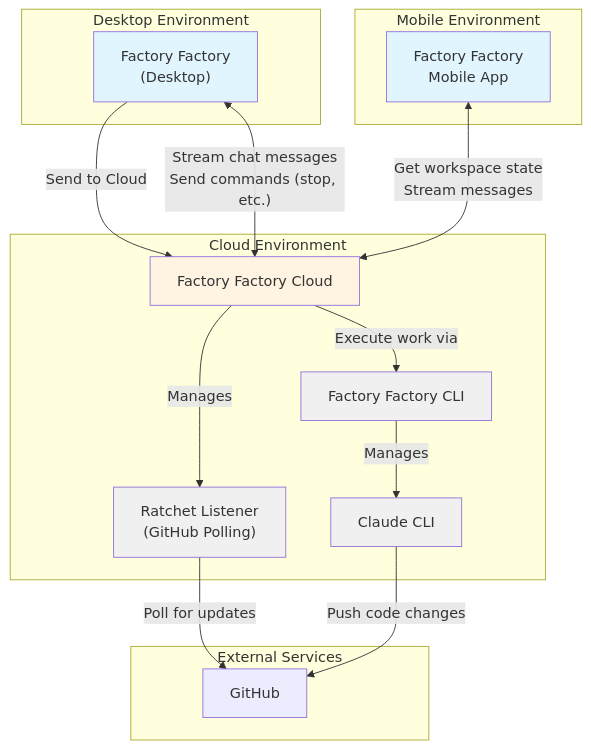
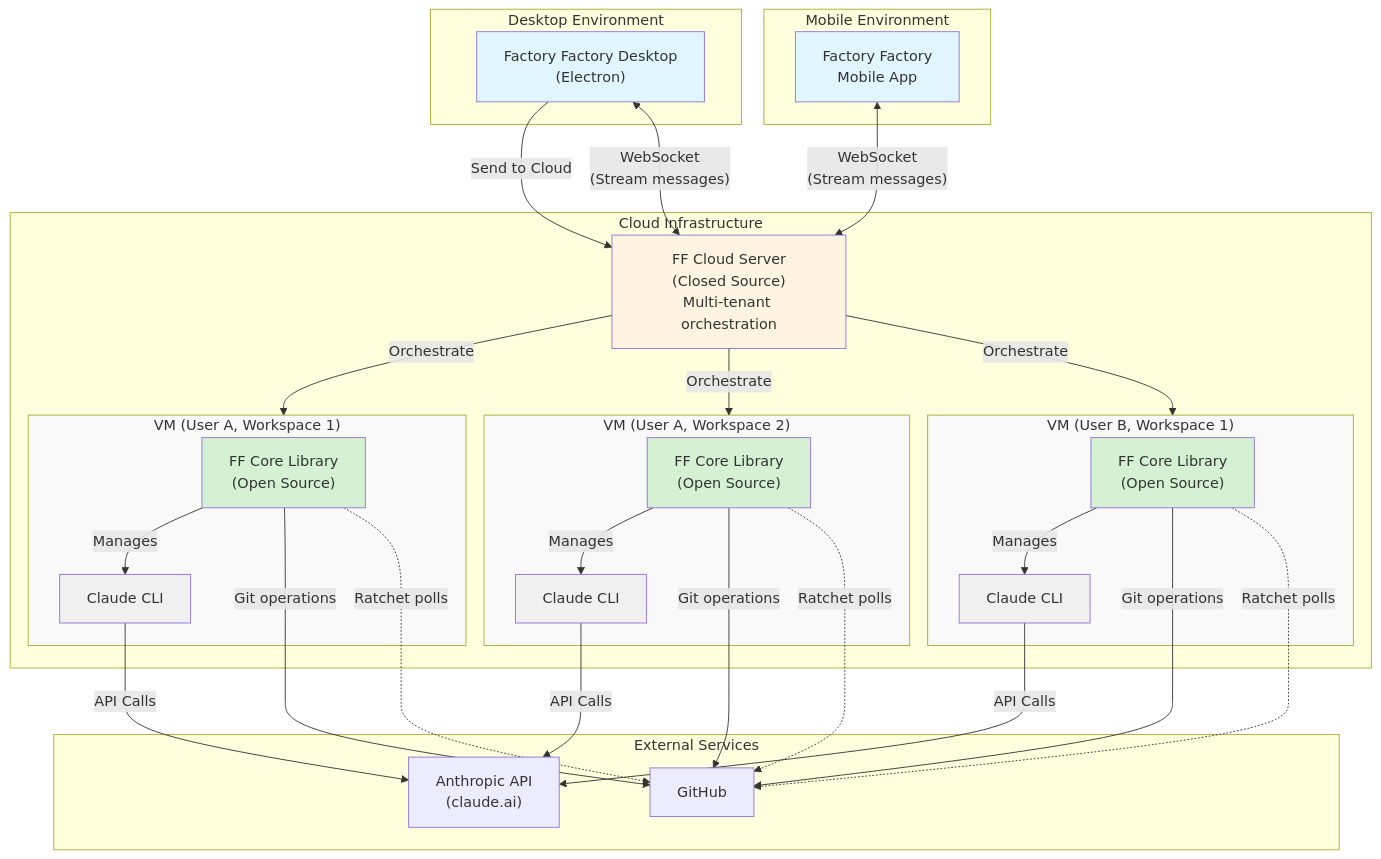
One commit to purplefish-ai/factory-factory changed the diagram in docs/design/factory-factory-cloud-vision.md. Above: the diagram before and after it, drawn with Mermaid. The commit also changed other lines of this file, not shown here.

First line of the commit message:
Update architecture diagram and remove outdated CLI sections

````diff
--- a/docs/design/factory-factory-cloud-vision.md
+++ b/docs/design/factory-factory-cloud-vision.md
@@ -1598,40 +1598,72 @@
 ```mermaid
 graph TB
     subgraph Desktop["Desktop Environment"]
-        FF_Desktop["Factory Factory<br/>(Desktop)"]
+        FF_Desktop["Factory Factory Desktop<br/>(Electron)"]
     end
 
-    subgraph Cloud["Cloud Environment"]
-        FF_Cloud["Factory Factory Cloud"]
-        Claude_CLI["Claude CLI"]
-        FF_CLI["Factory Factory CLI"]
-        Ratchet["Ratchet Listener<br/>(GitHub Polling)"]
+    subgraph Cloud["Cloud Infrastructure"]
+        FF_Cloud["FF Cloud Server<br/>(Closed Source)<br/>Multi-tenant orchestration"]
+
+        subgraph VM1["VM (User A, Workspace 1)"]
+            Core1["FF Core Library<br/>(Open Source)"]
+            Claude1["Claude CLI"]
+        end
+
+        subgraph VM2["VM (User A, Workspace 2)"]
+            Core2["FF Core Library<br/>(Open Source)"]
+            Claude2["Claude CLI"]
+        end
+
+        subgraph VM3["VM (User B, Workspace 1)"]
+            Core3["FF Core Library<br/>(Open Source)"]
+            Claude3["Claude CLI"]
+        end
     end
 
     subgraph Mobile["Mobile Environment"]
         FF_Mobile["Factory Factory<br/>Mobile App"]
     end
 
     subgraph External["External Services"]
         GitHub["GitHub"]
+        Anthropic["Anthropic API<br/>(claude.ai)"]
     end
 
     FF_Desktop -->|"Send to Cloud"| FF_Cloud
-    FF_Desktop <-->|"Stream chat messages<br/>Send commands (stop, etc.)"| FF_Cloud
+    FF_Desktop <-->|"WebSocket<br/>(Stream messages)"| FF_Cloud
 
-    FF_Mobile <-->|"Get workspace state<br/>Stream messages"| FF_Cloud
+    FF_Mobile <-->|"WebSocket<br/>(Stream messages)"| FF_Cloud
 
-    FF_Cloud -->|"Execute work via"| FF_CLI
-    FF_CLI -->|"Manages"| Claude_CLI
+    FF_Cloud -->|"Orchestrate"| VM1
+    FF_Cloud -->|"Orchestrate"| VM2
+    FF_Cloud -->|"Orchestrate"| VM3
 
-    FF_Cloud -->|"Manages"| Ratchet
-    Ratchet -->|"Poll for updates"| GitHub
-    Claude_CLI -->|"Push code changes"| GitHub
+    Core1 -->|"Manages"| Claude1
+    Core2 -->|"Manages"| Claude2
+    Core3 -->|"Manages"| Claude3
+
+    Claude1 -->|"API Calls"| Anthropic
+    Claude2 -->|"API Calls"| Anthropic
+    Claude3 -->|"API Calls"| Anthropic
+
+    Core1 -->|"Git operations"| GitHub
+    Core2 -->|"Git operations"| GitHub
+    Core3 -->|"Git operations"| GitHub
+
+    Core1 -.->|"Ratchet polls"| GitHub
+    Core2 -.->|"Ratchet polls"| GitHub
+    Core3 -.->|"Ratchet polls"| GitHub
 
     style FF_Desktop fill:#e1f5ff
     style FF_Cloud fill:#fff4e1
     style FF_Mobile fill:#e1f5ff
-    style Claude_CLI fill:#f0f0f0
-    style FF_CLI fill:#f0f0f0
-    style Ratchet fill:#f0f0f0
+    style Core1 fill:#d4f1d4
+    style Core2 fill:#d4f1d4
+    style Core3 fill:#d4f1d4
+    style Claude1 fill:#f0f0f0
+    style Claude2 fill:#f0f0f0
+    style Claude3 fill:#f0f0f0
+    style VM1 fill:#f9f9f9
+    style VM2 fill:#f9f9f9
+    style VM3 fill:#f9f9f9
 ```
````
